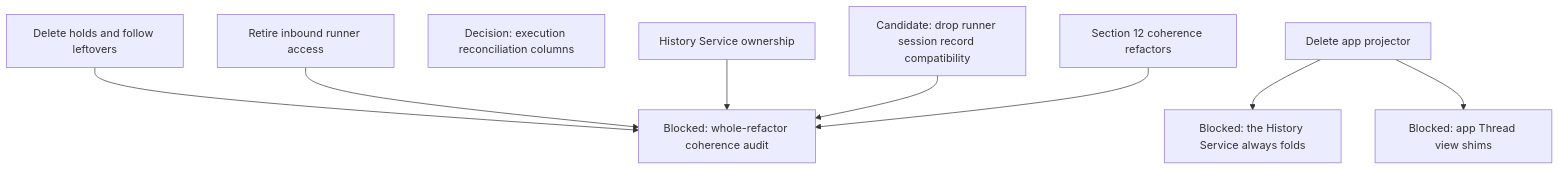
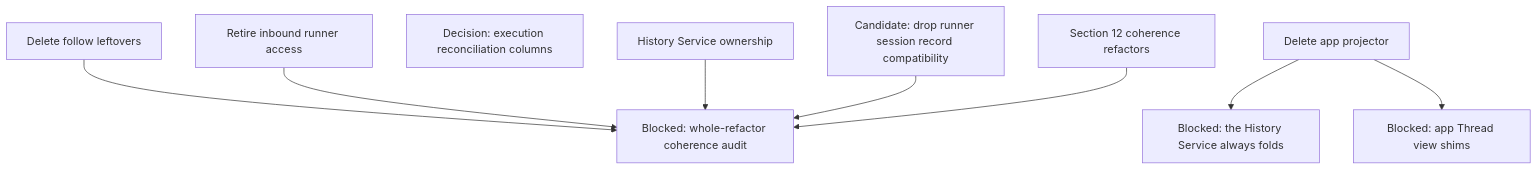
Before and after one commit to agentydragon/ducktape: diagram 11 of 13 in agentplane/plans/task_dag.md, drawn with Mermaid. The commit also changed other lines of this file and 28 other files, not shown here.

First line of the commit message:
agentplane: delete retention holds and teardown's unpushed path

````diff
--- a/agentplane/plans/task_dag.md
+++ b/agentplane/plans/task_dag.md
@@ -814,15 +813,15 @@
 ```mermaid
 flowchart TD
     APP_THREAD_VIEW_CLEANUP[Blocked: app Thread view shims]
     RUNNER_SESSION_RECORD_SHIMS[Candidate: drop runner session record compatibility]
     HISTORY_FOLD_ALWAYS_ON[Blocked: the History Service always folds]
     APP_PROJECTOR_RETIRE[Delete app projector] --> HISTORY_FOLD_ALWAYS_ON
     APP_PROJECTOR_RETIRE --> APP_THREAD_VIEW_CLEANUP
     ACTION_EXECUTION_AUDIT_TRIM[Decision: execution reconciliation columns]
     REFACTOR_COHERENCE_AUDIT[Blocked: whole-refactor coherence audit]
-    FOLLOW_PATH_RETIRE[Delete holds and follow leftovers] --> REFACTOR_COHERENCE_AUDIT
+    FOLLOW_PATH_RETIRE[Delete follow leftovers] --> REFACTOR_COHERENCE_AUDIT
     RUNNER_INBOUND_RETIRE[Retire inbound runner access] --> REFACTOR_COHERENCE_AUDIT
     HISTORY_SERVICE_OWNERSHIP[History Service ownership] --> REFACTOR_COHERENCE_AUDIT
     RUNNER_SESSION_RECORD_SHIMS --> REFACTOR_COHERENCE_AUDIT
     COHERENCE_REFACTORS[Section 12 coherence refactors] --> REFACTOR_COHERENCE_AUDIT
 ```
````
